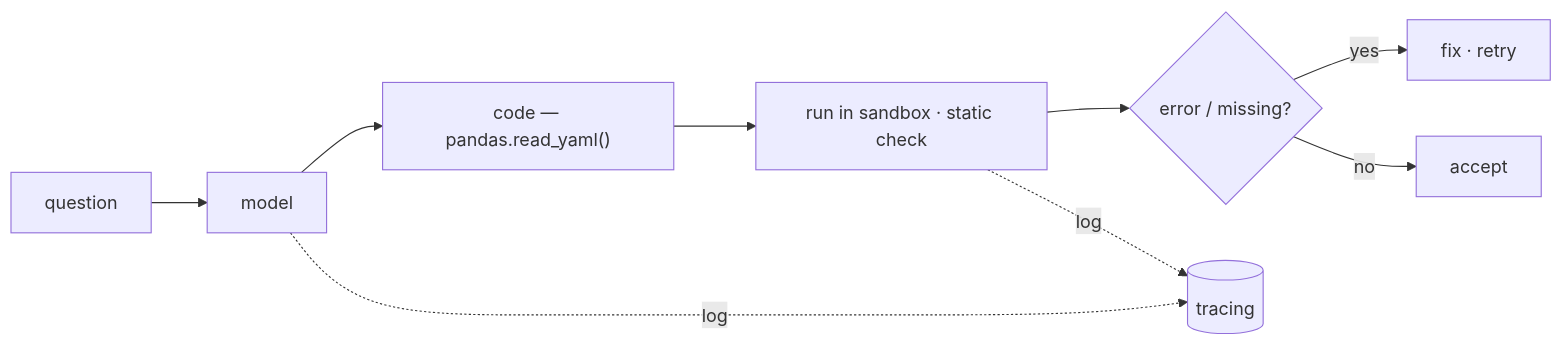
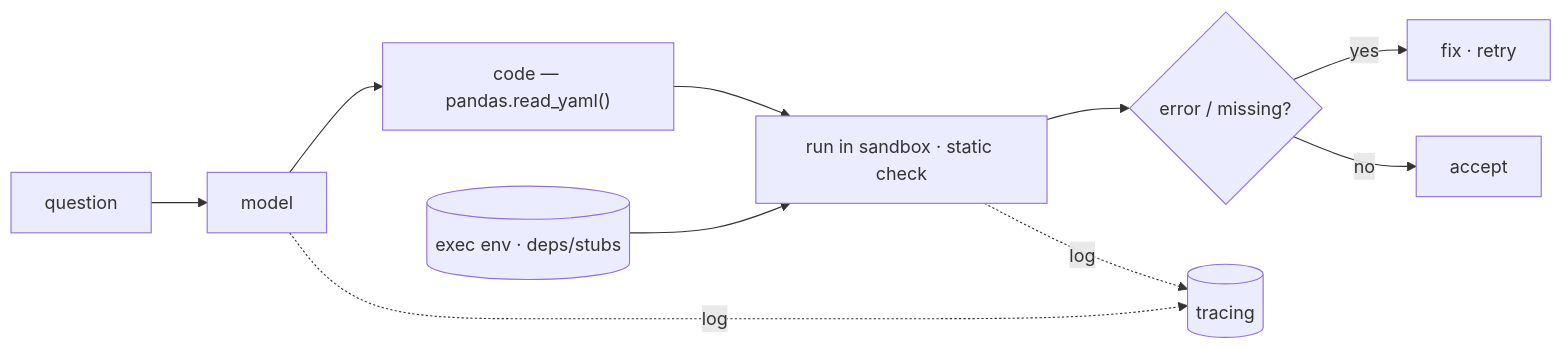
Before and after one commit to CodeCompose7/awesome-ai-stack: the fourth of 7 diagrams in src/content/concepts/en/harness-engineering.mdx, drawn with Mermaid. The commit also changed other lines of this file and 2 other files, not shown here.

First line of the commit message:
content(concepts): show the source/env the checker compares against

````diff
--- a/src/content/concepts/en/harness-engineering.mdx
+++ b/src/content/concepts/en/harness-engineering.mdx
@@ -115,14 +117,16 @@
 ```mermaid
 flowchart LR
   q["question"] --> model["model"]
   model --> code["code — pandas.read_yaml()"]
   code --> check["run in sandbox · static check"]
+  env[("exec env · deps/stubs")] --> check
   check --> err{"error / missing?"}
   err -- yes --> fix["fix · retry"]
   err -- no --> pass["accept"]
   model -.log.-> trace[("tracing")]
   check -.log.-> trace
   class model roleModel
   class check roleEval
   class trace roleTrace
+  class env roleSource
 ```
````
